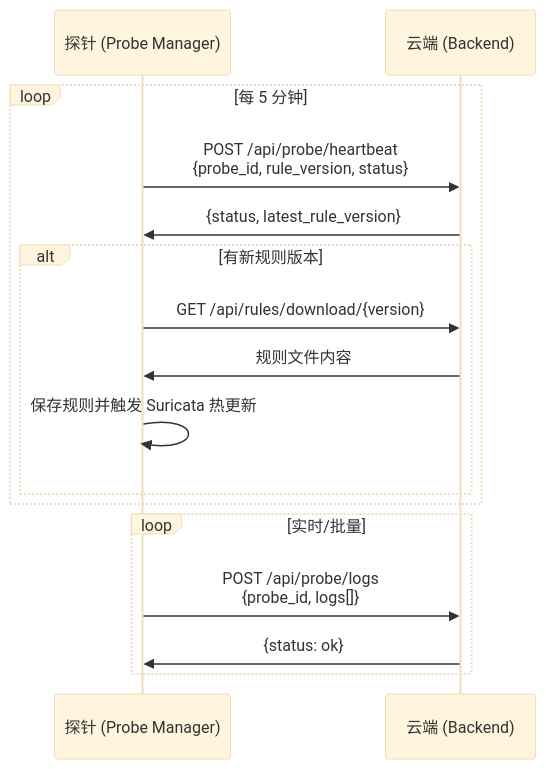
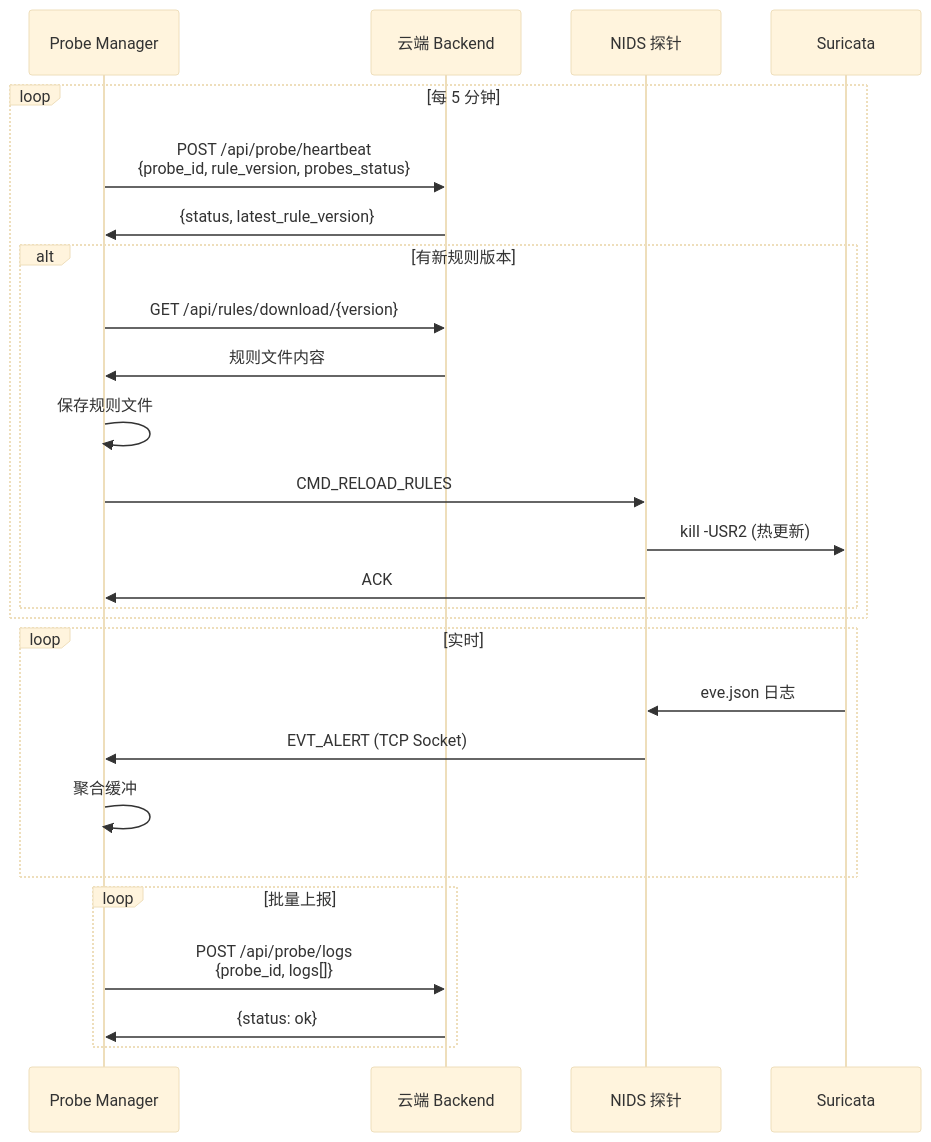
Before and after one commit to chenlehua/ai-idps: the sixth of 13 diagrams in specs/0001-spec.md, drawn with Mermaid (base theme). The commit also changed other lines of this file, not shown here.

Commit message:
feat: optimize architecture

````diff
--- a/specs/0001-spec.md
+++ b/specs/0001-spec.md
@@ -136,21 +255,32 @@
 ```mermaid
 sequenceDiagram
-    participant P as 探针 (Probe Manager)
-    participant C as 云端 (Backend)
+    participant PM as Probe Manager
+    participant C as 云端 Backend
+    participant NP as NIDS 探针
+    participant SR as Suricata
 
     loop 每 5 分钟
-        P->>C: POST /api/probe/heartbeat<br/>{probe_id, rule_version, status}
-        C->>P: {status, latest_rule_version}
+        PM->>C: POST /api/probe/heartbeat<br/>{probe_id, rule_version, probes_status}
+        C->>PM: {status, latest_rule_version}
 
         alt 有新规则版本
-            P->>C: GET /api/rules/download/{version}
-            C->>P: 规则文件内容
-            P->>P: 保存规则并触发 Suricata 热更新
+            PM->>C: GET /api/rules/download/{version}
+            C->>PM: 规则文件内容
+            PM->>PM: 保存规则文件
+            PM->>NP: CMD_RELOAD_RULES
+            NP->>SR: kill -USR2 (热更新)
+            NP->>PM: ACK
         end
     end
 
-    loop 实时/批量
-        P->>C: POST /api/probe/logs<br/>{probe_id, logs[]}
-        C->>P: {status: ok}
+    loop 实时
+        SR->>NP: eve.json 日志
+        NP->>PM: EVT_ALERT (TCP Socket)
+        PM->>PM: 聚合缓冲
+    end
+
+    loop 批量上报
+        PM->>C: POST /api/probe/logs<br/>{probe_id, logs[]}
+        C->>PM: {status: ok}
     end
 ```
````
